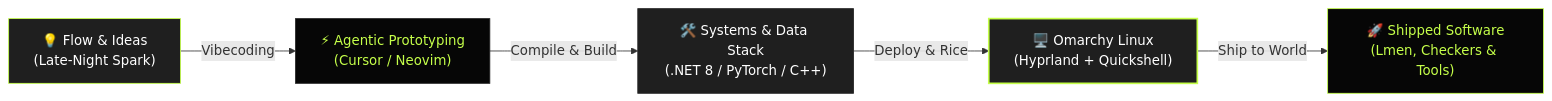
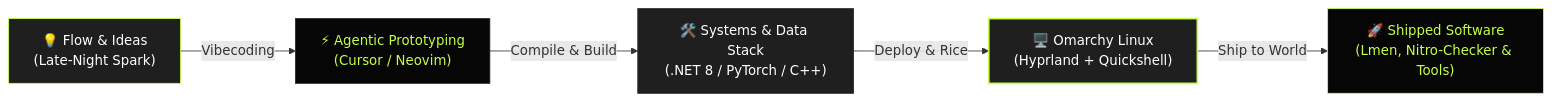
The diagram in README.md (Anandpall/Anandpall), drawn with Mermaid before and after one commit. The commit also changed other lines of this file and 1 other file, not shown here.

````diff
--- a/README.md
+++ b/README.md
@@ -49,13 +50,13 @@
 ```mermaid
 flowchart LR
     A["💡 Flow & Ideas<br/>(Late-Night Spark)"] -->|"Vibecoding"| B["⚡ Agentic Prototyping<br/>(Cursor / Neovim)"]
     B -->|"Compile & Build"| C["🛠️ Systems & Data Stack<br/>(.NET 8 / PyTorch / C++)"]
     C -->|"Deploy & Rice"| D["🖥️ Omarchy Linux<br/>(Hyprland + Quickshell)"]
-    D -->|"Ship to World"| E["🚀 Shipped Software<br/>(Lmen, Checkers & Tools)"]
+    D -->|"Ship to World"| E["🚀 Shipped Software<br/>(Lmen, Nitro-Checker & Tools)"]
 
     style A fill:#1f1f1f,stroke:#c5ff4a,stroke-width:1px,color:#ffffff
     style B fill:#060606,stroke:#252525,stroke-width:1px,color:#c5ff4a
     style C fill:#1f1f1f,stroke:#252525,stroke-width:1px,color:#ffffff
     style D fill:#1f1f1f,stroke:#c5ff4a,stroke-width:2px,color:#ffffff
     style E fill:#060606,stroke:#c5ff4a,stroke-width:1px,color:#c5ff4a
 ```
````
